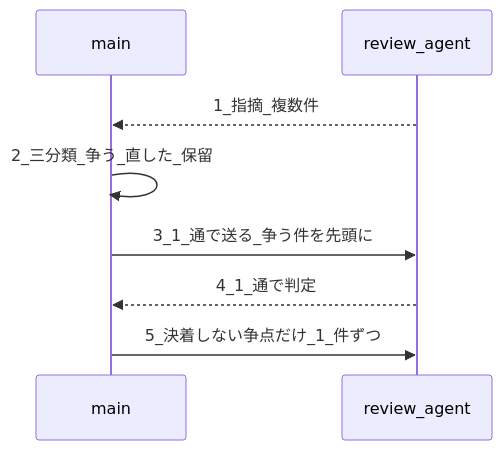
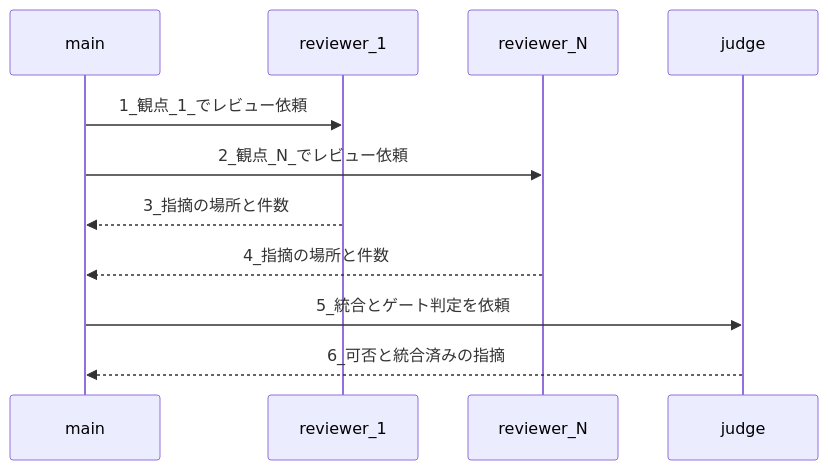
Before and after one commit to GoodRelax/gr-sw-maker: the fifth of 5 diagrams in maintenance/2026-08-10/07-agent-orchestration-rules.md, drawn with Mermaid. The commit also changed other lines of this file and 5 other files, not shown here.

````diff
--- a/maintenance/2026-08-10/07-agent-orchestration-rules.md
+++ b/maintenance/2026-08-10/07-agent-orchestration-rules.md
@@ -134,10 +365,13 @@
 ```mermaid
 sequenceDiagram
-    participant A as main
-    participant B as review_agent
-    B -->> A : 1_指摘_複数件
-    A ->> A : 2_三分類_争う_直した_保留
-    A ->> B : 3_1_通で送る_争う件を先頭に
-    B -->> A : 4_1_通で判定
-    A ->> B : 5_決着しない争点だけ_1_件ずつ
+    participant M as main
+    participant R1 as reviewer_1
+    participant RN as reviewer_N
+    participant J as judge
+    M ->> R1 : 1_観点_1_でレビュー依頼
+    M ->> RN : 2_観点_N_でレビュー依頼
+    R1 -->> M : 3_指摘の場所と件数
+    RN -->> M : 4_指摘の場所と件数
+    M ->> J : 5_統合とゲート判定を依頼
+    J -->> M : 6_可否と統合済みの指摘
 ```
````
